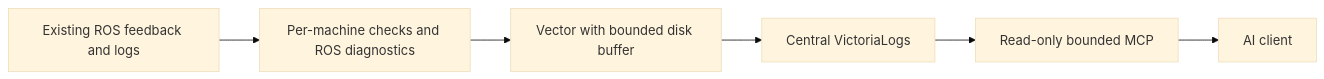
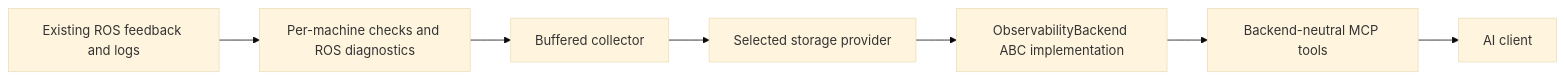
Before and after one commit to Joshua-AI-Robotics/Joshua: the diagram in docs/ROS2_OBSERVABILITY_DESIGN.md, drawn with Mermaid (base theme). The commit also changed other lines of this file and 2 other files, not shown here.

First line of the commit message:
docs: define backend-neutral ROS 2 observability contracts

````diff
--- a/docs/ROS2_OBSERVABILITY_DESIGN.md
+++ b/docs/ROS2_OBSERVABILITY_DESIGN.md
@@ -18,8 +30,9 @@
 ```mermaid
 flowchart LR
     R[Existing ROS feedback and logs] --> D[Per-machine checks and ROS diagnostics]
-    D --> V[Vector with bounded disk buffer]
-    V --> L[Central VictoriaLogs]
-    L --> M[Read-only bounded MCP]
+    D --> C[Buffered collector]
+    C --> S[Selected storage provider]
+    S --> B[ObservabilityBackend ABC implementation]
+    B --> M[Backend-neutral MCP tools]
     M --> A[AI client]
 ```
````
